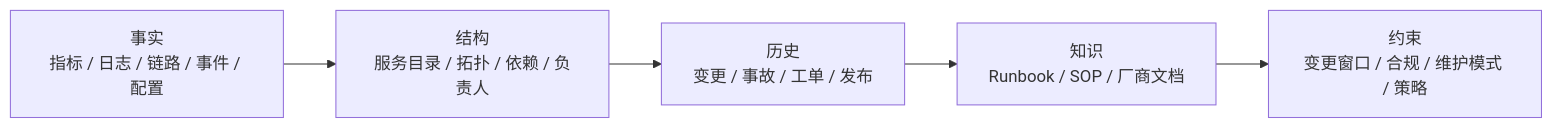
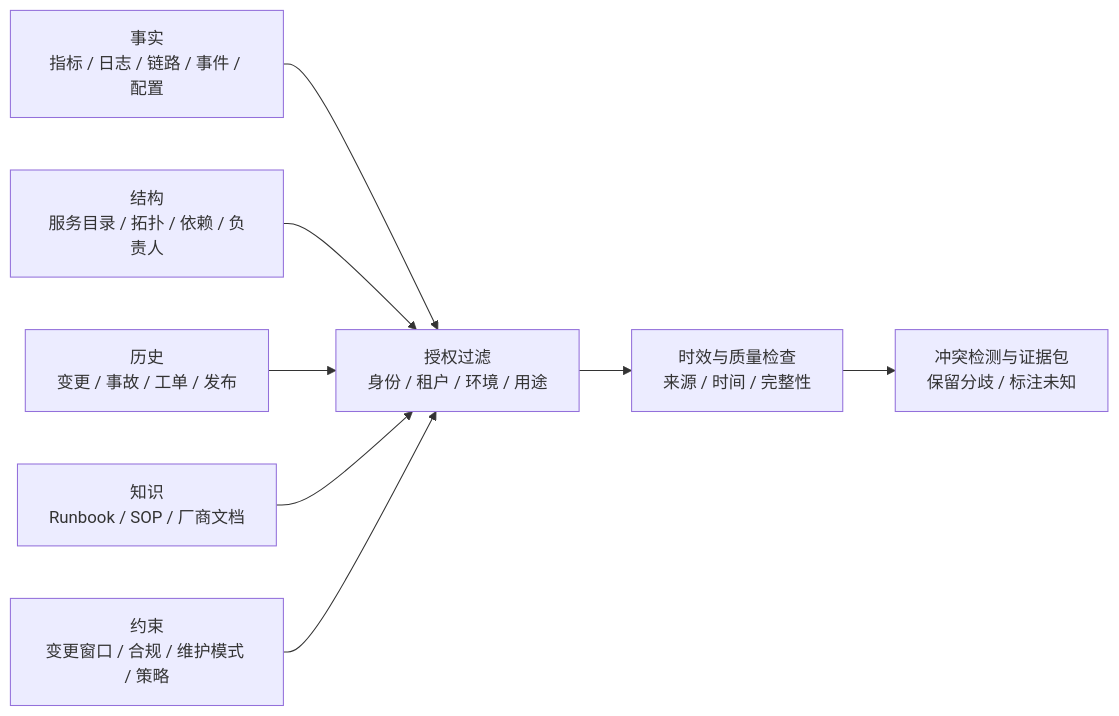
One commit to ai-guru-global/the-ops-agent-book changed the diagram in docs/guide/06-context-knowledge.md. Above: the diagram before and after it, drawn with Mermaid. The commit also changed other lines of this file and 144 other files, not shown here.

````diff
--- a/docs/guide/06-context-knowledge.md
+++ b/docs/guide/06-context-knowledge.md
@@ -28,7 +32,15 @@
 ```mermaid
 flowchart LR
-  F[事实<br/>指标 / 日志 / 链路 / 事件 / 配置] --> S[结构<br/>服务目录 / 拓扑 / 依赖 / 负责人]
-  S --> H[历史<br/>变更 / 事故 / 工单 / 发布]
-  H --> K[知识<br/>Runbook / SOP / 厂商文档]
-  K --> C[约束<br/>变更窗口 / 合规 / 维护模式 / 策略]
+  F[事实<br/>指标 / 日志 / 链路 / 事件 / 配置]
+  S[结构<br/>服务目录 / 拓扑 / 依赖 / 负责人]
+  H[历史<br/>变更 / 事故 / 工单 / 发布]
+  K[知识<br/>Runbook / SOP / 厂商文档]
+  C[约束<br/>变更窗口 / 合规 / 维护模式 / 策略]
+  F --> A[授权过滤<br/>身份 / 租户 / 环境 / 用途]
+  S --> A
+  H --> A
+  K --> A
+  C --> A
+  A --> Q[时效与质量检查<br/>来源 / 时间 / 完整性]
+  Q --> B[冲突检测与证据包<br/>保留分歧 / 标注未知]
 ```
````
